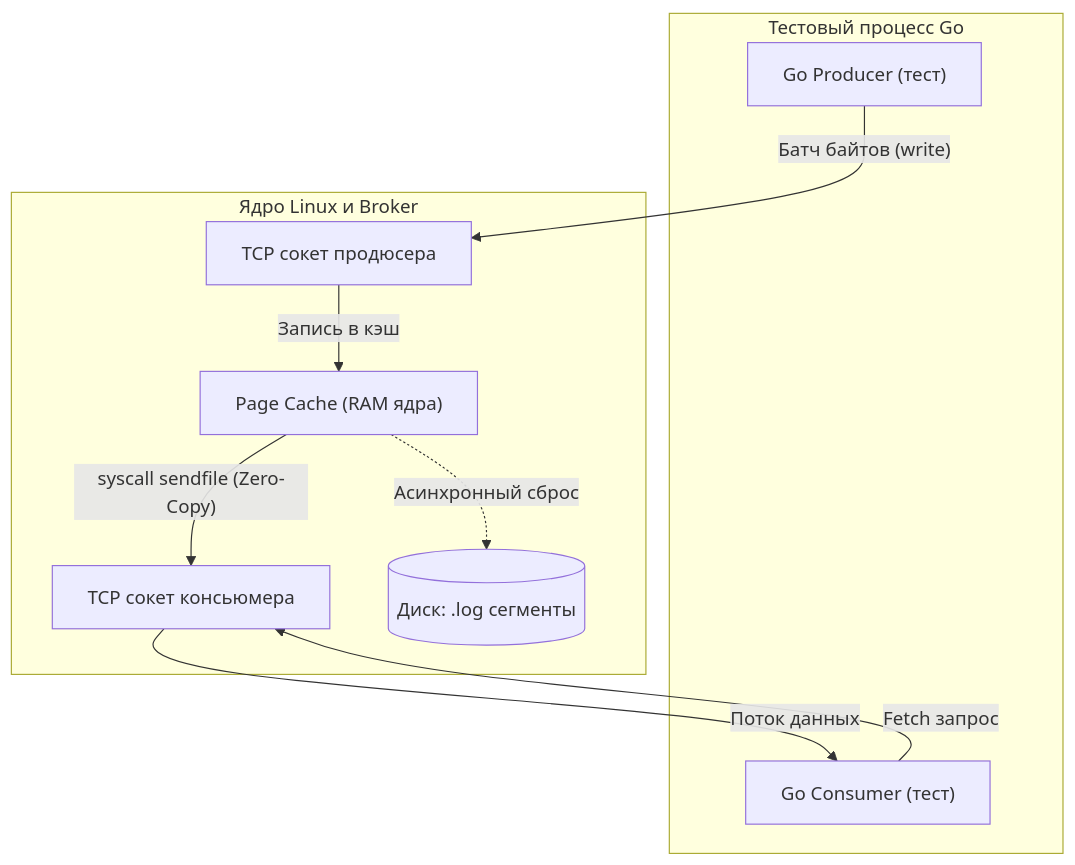
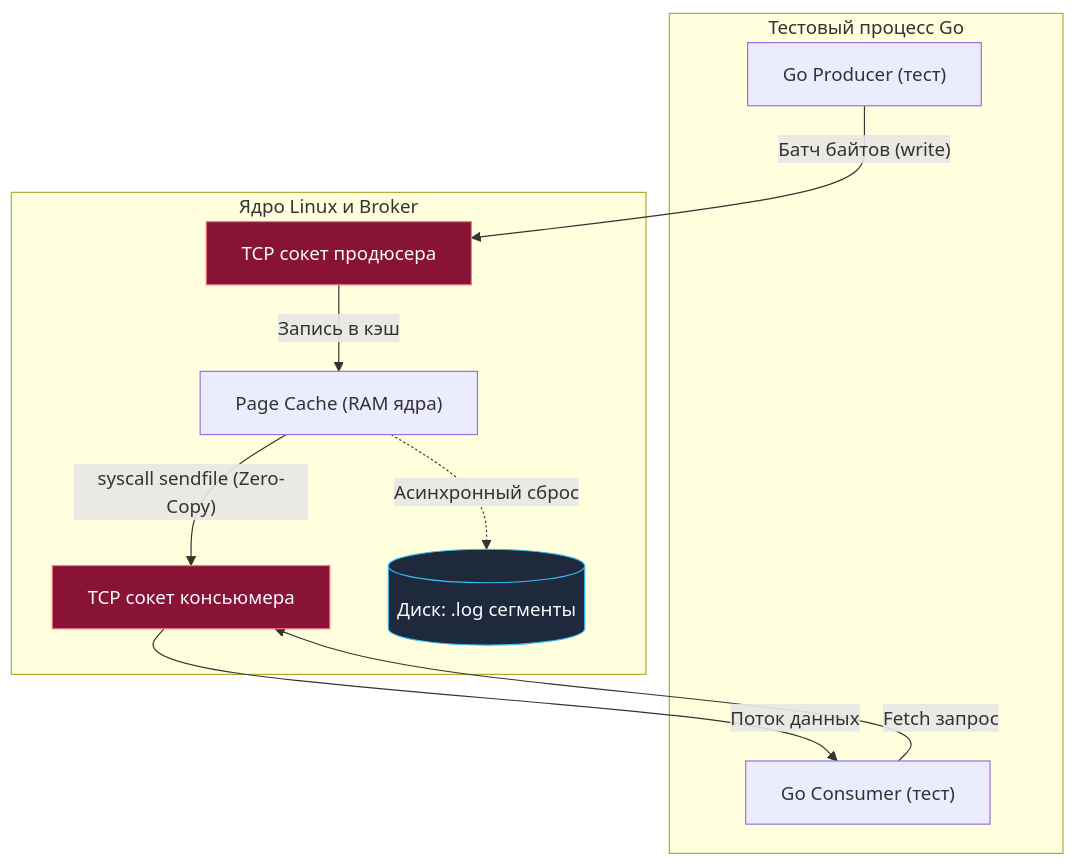
The diagram in sources/15. Тестирование в Go (QA & Testing)/05. Интеграционные тесты/7. Тестирование Kafka и очередей.md (UnrealTemplier/go-textbook), drawn with Mermaid before and after one commit. The commit also changed 1666 other files, not shown here.

First line of the commit message:
feat(mermaid): add semantic color classDef to 1369 colorless flowchart/graph diagrams

````diff
--- a/sources/15. Тестирование в Go (QA & Testing)/05. Интеграционные тесты/7. Тестирование Kafka и очередей.md
+++ b/sources/15. Тестирование в Go (QA & Testing)/05. Интеграционные тесты/7. Тестирование Kafka и очередей.md
@@ -28,22 +28,32 @@
 ```mermaid
 flowchart TD
+    classDef process  fill:#1e293b,stroke:#38bdf8,stroke-width:1px,color:#f8fafc
+    classDef success  fill:#064e3b,stroke:#34d399,stroke-width:1px,color:#f8fafc
+    classDef error    fill:#7f1d1d,stroke:#f87171,stroke-width:1px,color:#f8fafc
+    classDef warning  fill:#78350f,stroke:#fbbf24,stroke-width:1px,color:#f8fafc
+    classDef entry    fill:#1e3a5f,stroke:#38bdf8,stroke-width:2px,color:#f8fafc
+    classDef aux      fill:#334155,stroke:#64748b,stroke-width:1px,color:#f8fafc
+    classDef system   fill:#312e81,stroke:#a78bfa,stroke-width:1px,color:#f8fafc
+    classDef data     fill:#132d29,stroke:#2dd4bf,stroke-width:1px,color:#f8fafc
+    classDef network  fill:#881337,stroke:#fb7185,stroke-width:1px,color:#f8fafc
+    classDef accent   fill:#1e1b4b,stroke:#818cf8,stroke-width:1px,color:#f8fafc
     subgraph TestApp["Тестовый процесс Go"]
         P["Go Producer (тест)"]
         C["Go Consumer (тест)"]
     end
 
     subgraph LinuxKernel["Ядро Linux и Broker"]
-        SockIn["TCP сокет продюсера"]
-        SockOut["TCP сокет консьюмера"]
+        SockIn["TCP сокет продюсера"]:::network
+        SockOut["TCP сокет консьюмера"]:::network
         PC["Page Cache (RAM ядра)"]
-        Disk[("Диск: .log сегменты")]
+        Disk[("Диск: .log сегменты")]:::process
     end
 
     P -->|"Батч байтов (write)"| SockIn
     SockIn -->|"Запись в кэш"| PC
     PC -.->|"Асинхронный сброс"| Disk
 
     C -->|"Fetch запрос"| SockOut
     PC -->|"syscall sendfile (Zero-Copy)"| SockOut
     SockOut -->|"Поток данных"| C
 ```
````
